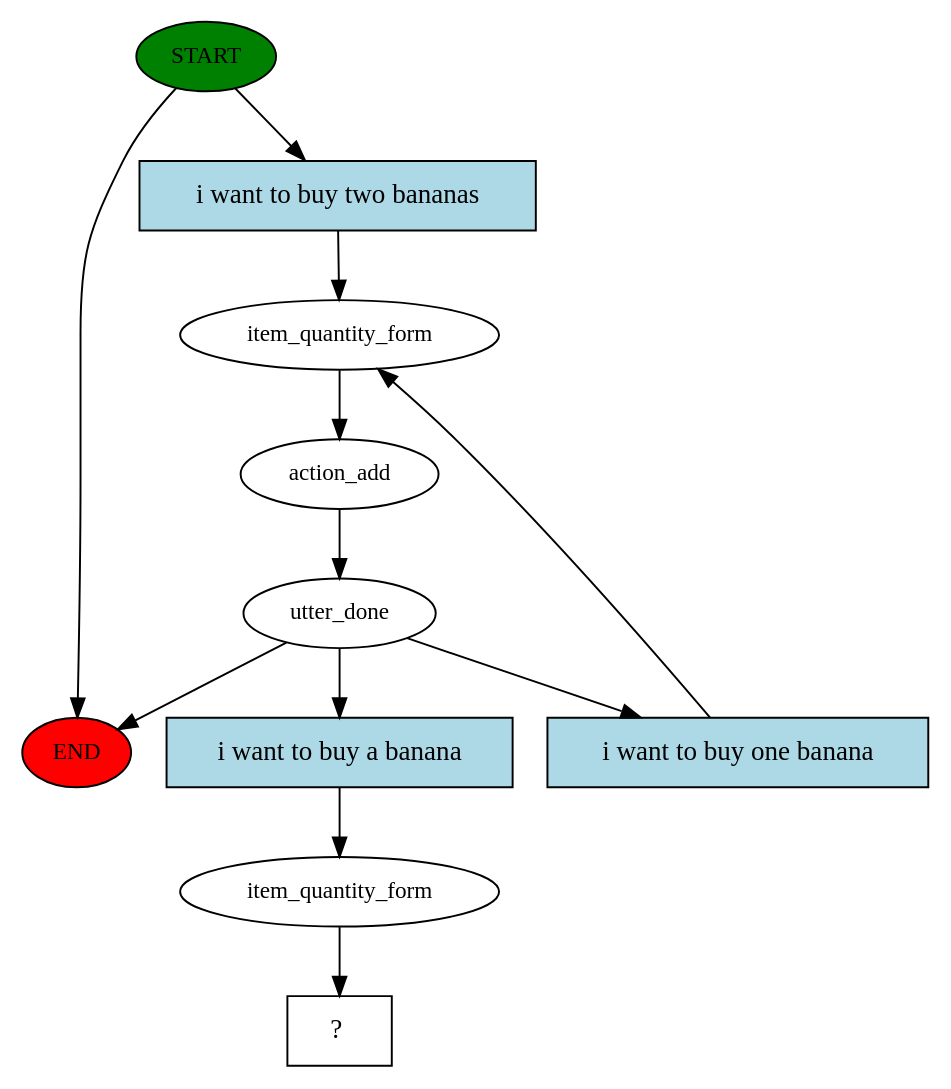
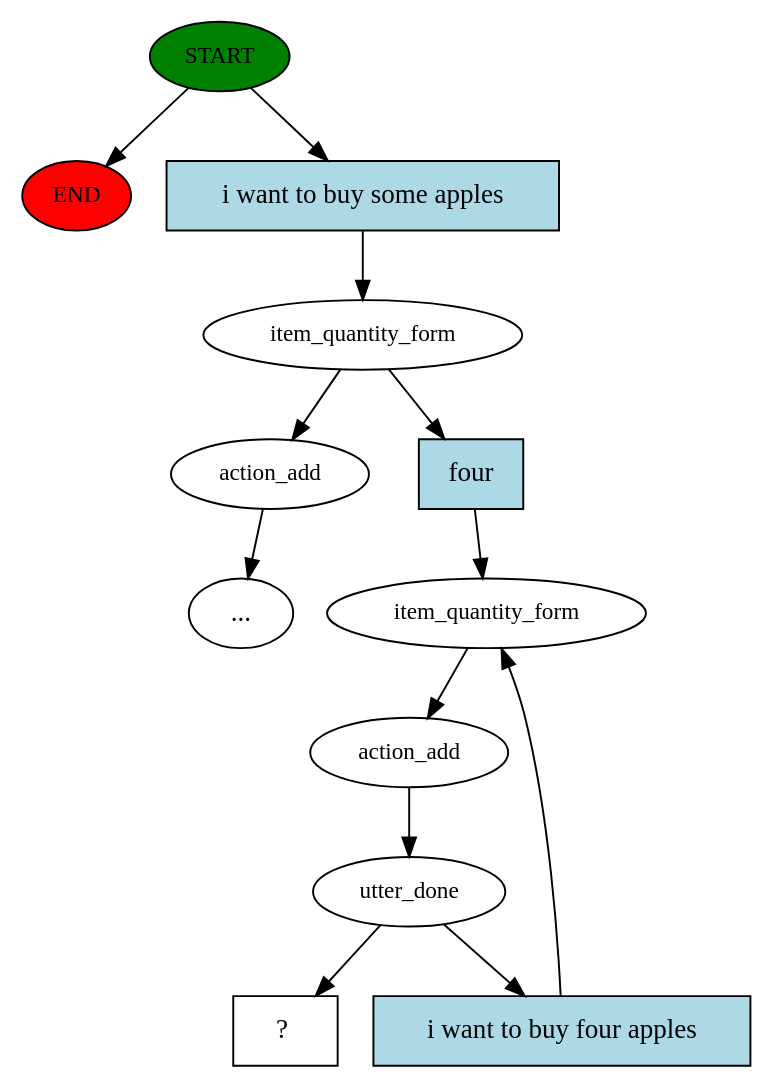
The diagram in story_graph.dot (wwertyexp/CrMidTerm), drawn with Graphviz before and after one commit. The commit also changed 1 other file, not shown here.

```diff
--- a/story_graph.dot
+++ b/story_graph.dot
@@ -1,23 +1,26 @@
 digraph  {
 0 [class="start active", fillcolor=green, fontsize=12, label=START, style=filled];
 "-1" [class=end, fillcolor=red, fontsize=12, label=END, style=filled];
 1 [class=active, fontsize=12, label=item_quantity_form];
-2 [class=active, fontsize=12, label=action_add];
-3 [class=active, fontsize=12, label=utter_done];
-13 [class=active, fontsize=12, label=item_quantity_form];
-14 [class="intent dashed active", label="  ?  ", shape=rect];
-15 [class="intent active", fillcolor=lightblue, label="i want to buy two bananas", shape=rect, style=filled];
-16 [class="intent active", fillcolor=lightblue, label="i want to buy one banana", shape=rect, style=filled];
-17 [class="intent active", fillcolor=lightblue, label="i want to buy a banana", shape=rect, style=filled];
+2 [class="", fontsize=12, label=action_add];
+"-3" [class=ellipsis, label="..."];
+4 [class=active, fontsize=12, label=item_quantity_form];
+5 [class=active, fontsize=12, label=action_add];
+6 [class=active, fontsize=12, label=utter_done];
+10 [class="intent dashed active", label="  ?  ", shape=rect];
+11 [class="intent active", fillcolor=lightblue, label="i want to buy some apples", shape=rect, style=filled];
+12 [class="intent active", fillcolor=lightblue, label=four, shape=rect, style=filled];
+13 [class="intent active", fillcolor=lightblue, label="i want to buy four apples", shape=rect, style=filled];
 0 -> "-1"  [class="", key=NONE, label=""];
-0 -> 15  [class=active, key=0];
-1 -> 2  [class=active, key=NONE, label=""];
-2 -> 3  [class=active, key=NONE, label=""];
-3 -> "-1"  [class="", key=NONE, label=""];
-3 -> 16  [class=active, key=0];
-3 -> 17  [class=active, key=0];
-13 -> 14  [class=active, key=NONE, label=""];
-15 -> 1  [class=active, key=0];
-16 -> 1  [class=active, key=0];
-17 -> 13  [class=active, key=0];
+0 -> 11  [class=active, key=0];
+1 -> 2  [class="", key=NONE, label=""];
+1 -> 12  [class=active, key=0];
+2 -> "-3"  [class="", key=NONE, label=""];
+4 -> 5  [class=active, key=NONE, label=""];
+5 -> 6  [class=active, key=NONE, label=""];
+6 -> 10  [class=active, key=NONE, label=""];
+6 -> 13  [class=active, key=0];
+11 -> 1  [class=active, key=0];
+12 -> 4  [class=active, key=0];
+13 -> 4  [class=active, key=0];
 }
```
